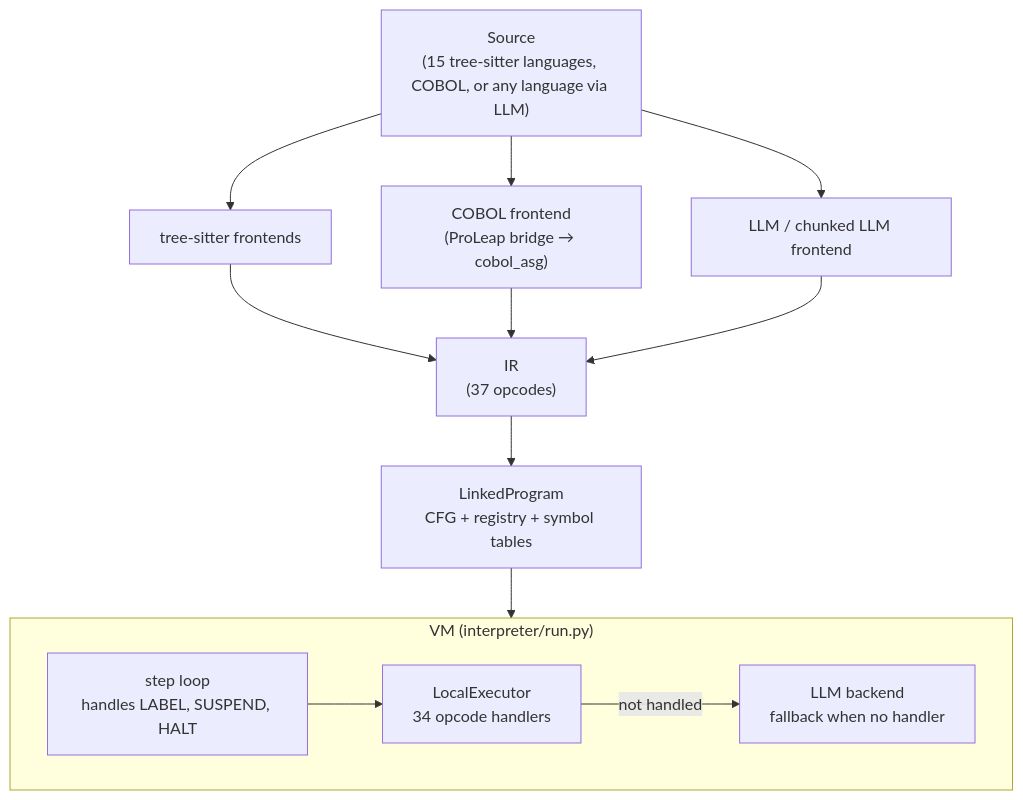
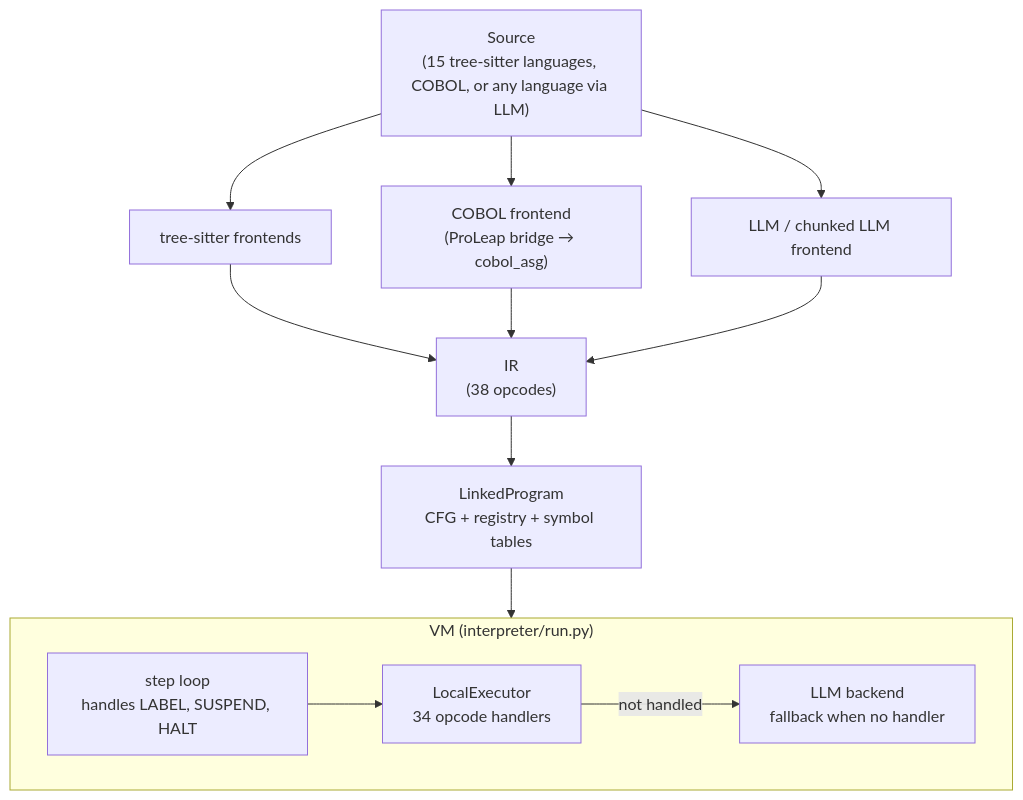
Before and after one commit to avishek-sen-gupta/red-dragon: the first of 3 diagrams in docs/notes-on-vm-design.md, drawn with Mermaid. The commit also changed other lines of this file and 9 other files, not shown here.

````diff
--- a/docs/notes-on-vm-design.md
+++ b/docs/notes-on-vm-design.md
@@ -36,22 +36,22 @@
 ```mermaid
 flowchart TD
     src["Source\n(15 tree-sitter languages, COBOL, or any language via LLM)"]
     ts["tree-sitter frontends"]
     cobol["COBOL frontend\n(ProLeap bridge → cobol_asg)"]
     llm["LLM / chunked LLM frontend"]
-    ir["IR\n(37 opcodes)"]
+    ir["IR\n(38 opcodes)"]
     linked["LinkedProgram\nCFG + registry + symbol tables"]
 
     src --> ts & cobol & llm
     ts & cobol & llm --> ir --> linked
 
     subgraph VM ["VM (interpreter/run.py)"]
         exec["LocalExecutor\n34 opcode handlers"]
         loop["step loop\nhandles LABEL, SUSPEND, HALT"]
         oracle["LLM backend\nfallback when no handler"]
         loop --> exec
         exec -- "not handled" --> oracle
     end
 
     linked --> VM
 ```
````
